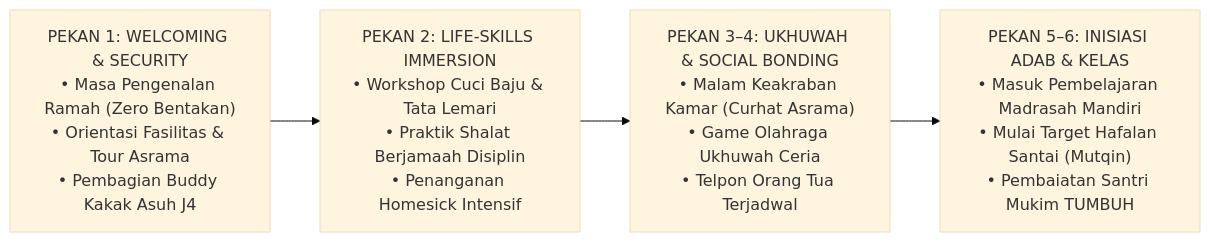
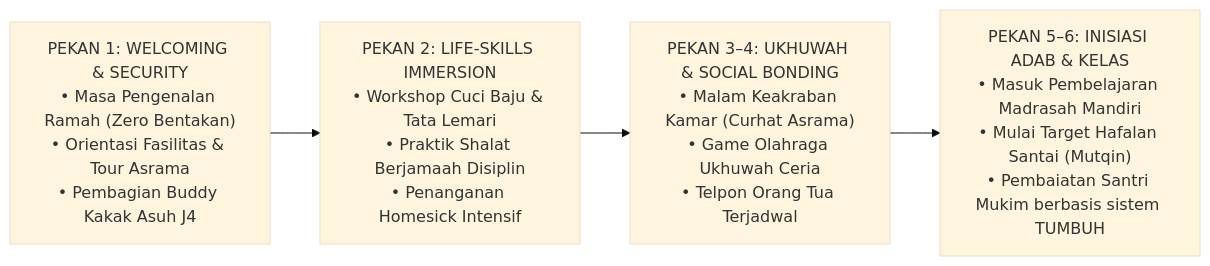
One commit to wandiapriliyandi/tumbuh changed the seventh of 8 diagrams in 04 Progression Framework/01 Development Stages/P4-01-01-Fase-Orientasi-dan-Inisiasi-Awal.md. Above: the diagram before and after it, drawn with Mermaid (base theme). The commit also changed other lines of this file and 605 other files, not shown here.

Commit message:
refactor: standarisasi penyebutan TUMBUH sebagai sistem pembinaan pesantren di seluruh naskah

````diff
--- a/04 Progression Framework/01 Development Stages/P4-01-01-Fase-Orientasi-dan-Inisiasi-Awal.md
+++ b/04 Progression Framework/01 Development Stages/P4-01-01-Fase-Orientasi-dan-Inisiasi-Awal.md
@@ -199,7 +199,7 @@
 ```mermaid
 flowchart LR
     Pekan1["PEKAN 1: WELCOMING & SECURITY<br/>• Masa Pengenalan Ramah (Zero Bentakan)<br/>• Orientasi Fasilitas & Tour Asrama<br/>• Pembagian Buddy Kakak Asuh J4"]
     --> Pekan2["PEKAN 2: LIFE-SKILLS IMMERSION<br/>• Workshop Cuci Baju & Tata Lemari<br/>• Praktik Shalat Berjamaah Disiplin<br/>• Penanganan Homesick Intensif"]
     --> Pekan34["PEKAN 3–4: UKHUWAH & SOCIAL BONDING<br/>• Malam Keakraban Kamar (Curhat Asrama)<br/>• Game Olahraga Ukhuwah Ceria<br/>• Telpon Orang Tua Terjadwal"]
-    --> Pekan56["PEKAN 5–6: INISIASI ADAB & KELAS<br/>• Masuk Pembelajaran Madrasah Mandiri<br/>• Mulai Target Hafalan Santai (Mutqin)<br/>• Pembaiatan Santri Mukim TUMBUH"]
+    --> Pekan56["PEKAN 5–6: INISIASI ADAB & KELAS<br/>• Masuk Pembelajaran Madrasah Mandiri<br/>• Mulai Target Hafalan Santai (Mutqin)<br/>• Pembaiatan Santri Mukim berbasis sistem TUMBUH"]
 ```
````
